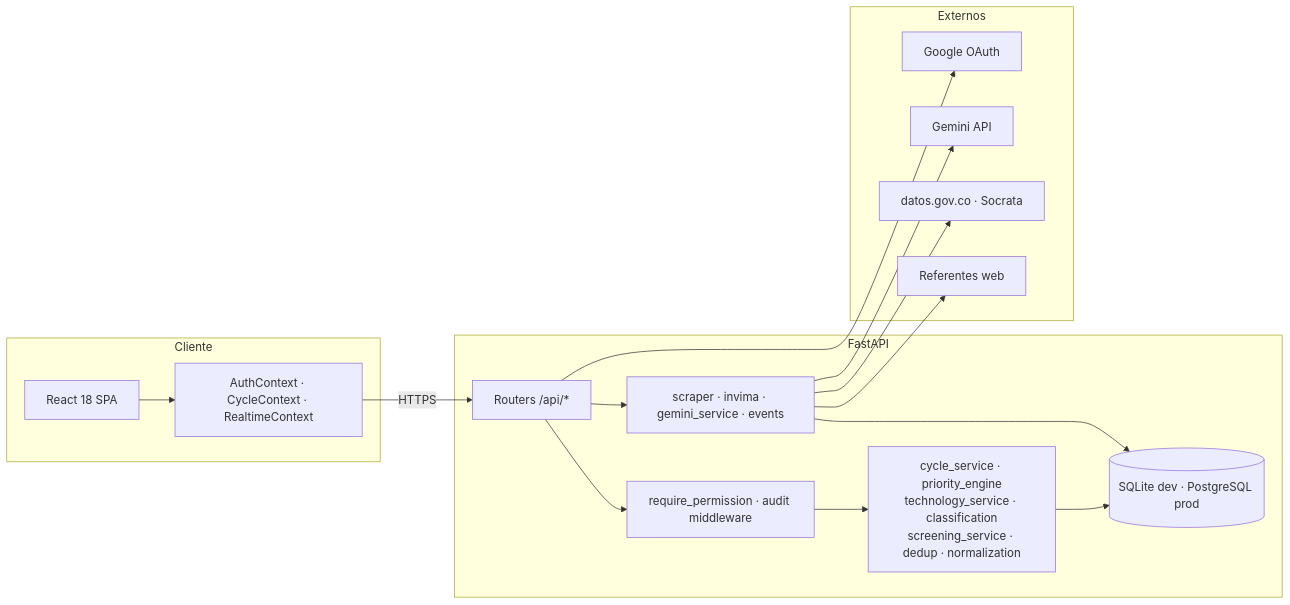
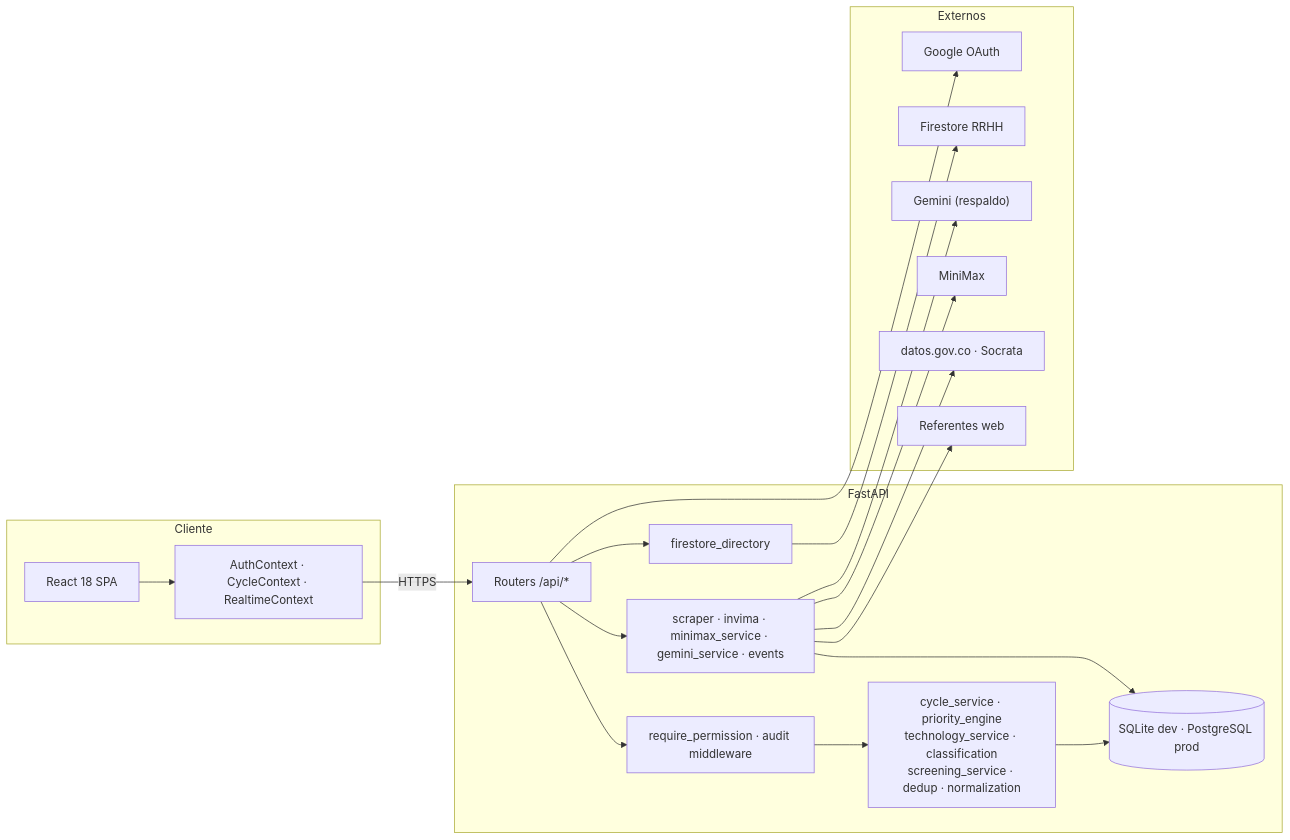
One commit to IETS-ColombiaDev/Sis_HS_IETS changed the diagram in README.md. Above: the diagram before and after it, drawn with Mermaid. The commit also changed other lines of this file, not shown here.

````diff
--- a/README.md
+++ b/README.md
@@ -350,28 +357,34 @@
 ```mermaid
 flowchart LR
   subgraph Cliente
     SPA["React 18 SPA"]
     CTX["AuthContext · CycleContext · RealtimeContext"]
     SPA --> CTX
   end
   subgraph Backend["FastAPI"]
     API["Routers /api/*"]
     GUARD["require_permission · audit middleware"]
     DOM["cycle_service · priority_engine<br/>technology_service · classification<br/>screening_service · dedup · normalization"]
-    SVC["scraper · invima · gemini_service · events"]
+    SVC["scraper · invima · minimax_service · gemini_service · events"]
+    DIR["firestore_directory"]
     DB[("SQLite dev · PostgreSQL prod")]
     API --> GUARD --> DOM --> DB
     API --> SVC --> DB
+    API --> DIR
   end
   subgraph Externos
     WEB["Referentes web"]
     SOC["datos.gov.co · Socrata"]
-    GEM["Gemini API"]
+    MM["MiniMax"]
+    GEM["Gemini (respaldo)"]
+    FS["Firestore RRHH"]
     GGL["Google OAuth"]
   end
   CTX -->|HTTPS| API
   SVC --> WEB
   SVC --> SOC
+  SVC --> MM
   SVC --> GEM
+  DIR --> FS
   API --> GGL
 ```
````
